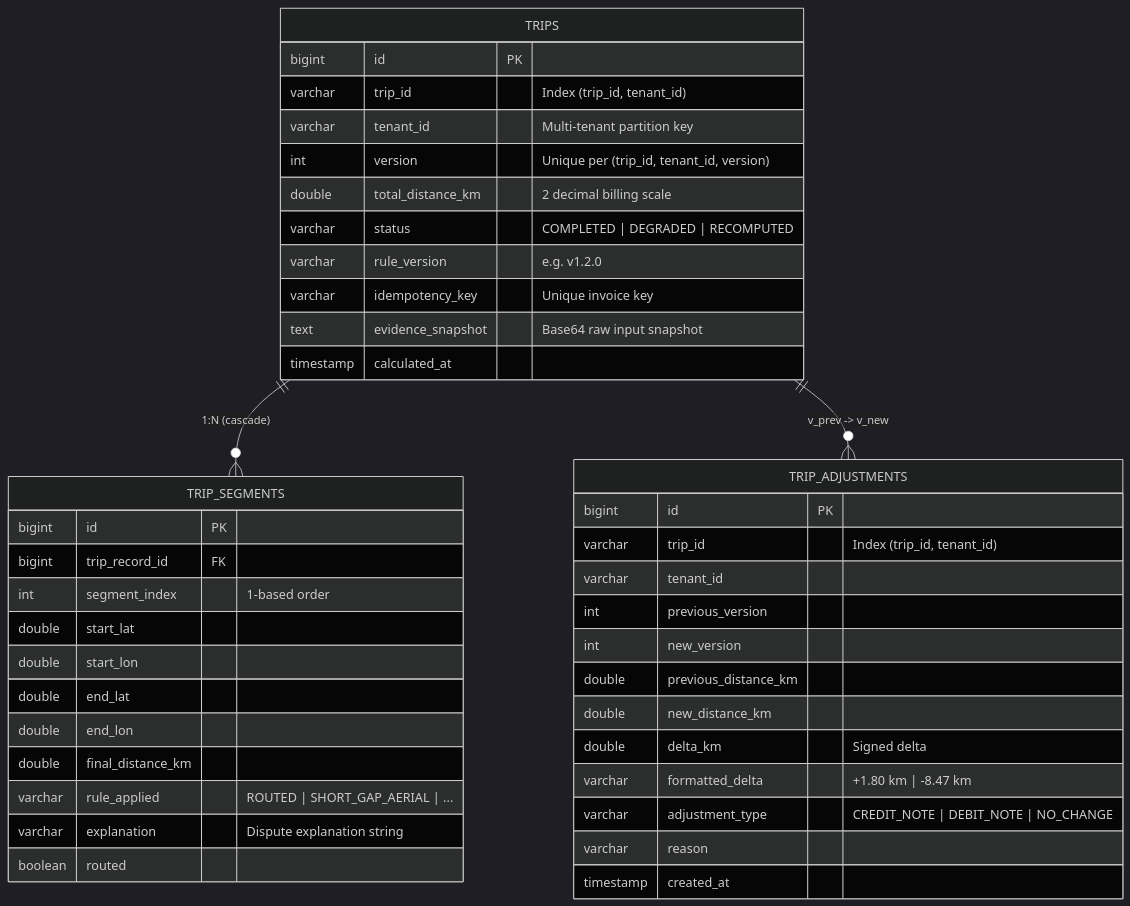
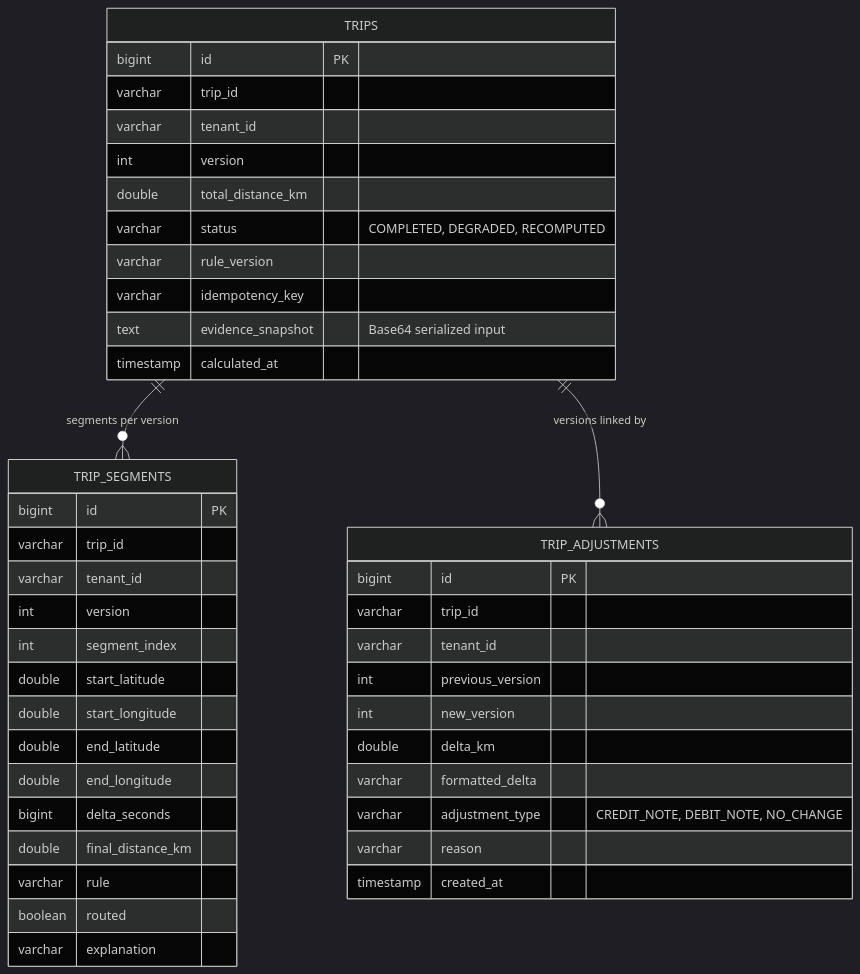
Before and after one commit to kamran-asif/GPS-Gap-Backfill-Billable-Distance-Reconstruction: the third of 3 diagrams in DESIGN.md, drawn with Mermaid (dark theme). The commit also changed other lines of this file and 1 other file, not shown here.

Commit message:
docs: align DESIGN.md with code (rule order, schema, idempotency, error codes); document X-Idempotency-Key

````diff
--- a/DESIGN.md
+++ b/DESIGN.md
@@ -115,47 +121,48 @@
 ```mermaid
 erDiagram
-    TRIPS ||--o{ TRIP_SEGMENTS : "1:N (cascade)"
-    TRIPS ||--o{ TRIP_ADJUSTMENTS : "v_prev -> v_new"
+    TRIPS ||--o{ TRIP_SEGMENTS : "segments per version"
+    TRIPS ||--o{ TRIP_ADJUSTMENTS : "versions linked by"
 
     TRIPS {
         bigint id PK
-        varchar trip_id "Index (trip_id, tenant_id)"
-        varchar tenant_id "Multi-tenant partition key"
-        int version "Unique per (trip_id, tenant_id, version)"
-        double total_distance_km "2 decimal billing scale"
-        varchar status "COMPLETED | DEGRADED | RECOMPUTED"
-        varchar rule_version "e.g. v1.2.0"
-        varchar idempotency_key "Unique invoice key"
-        text evidence_snapshot "Base64 raw input snapshot"
+        varchar trip_id
+        varchar tenant_id
+        int version
+        double total_distance_km
+        varchar status "COMPLETED, DEGRADED, RECOMPUTED"
+        varchar rule_version
+        varchar idempotency_key
+        text evidence_snapshot "Base64 serialized input"
         timestamp calculated_at
     }
 
     TRIP_SEGMENTS {
         bigint id PK
-        bigint trip_record_id FK
-        int segment_index "1-based order"
-        double start_lat
-        double start_lon
-        double end_lat
-        double end_lon
+        varchar trip_id
+        varchar tenant_id
+        int version
+        int segment_index
+        double start_latitude
+        double start_longitude
+        double end_latitude
+        double end_longitude
+        bigint delta_seconds
         double final_distance_km
-        varchar rule_applied "ROUTED | SHORT_GAP_AERIAL | ..."
-        varchar explanation "Dispute explanation string"
+        varchar rule
         boolean routed
+        varchar explanation
     }
 
     TRIP_ADJUSTMENTS {
         bigint id PK
-        varchar trip_id "Index (trip_id, tenant_id)"
+        varchar trip_id
         varchar tenant_id
         int previous_version
         int new_version
-        double previous_distance_km
-        double new_distance_km
-        double delta_km "Signed delta"
-        varchar formatted_delta "+1.80 km | -8.47 km"
-        varchar adjustment_type "CREDIT_NOTE | DEBIT_NOTE | NO_CHANGE"
+        double delta_km
+        varchar formatted_delta
+        varchar adjustment_type "CREDIT_NOTE, DEBIT_NOTE, NO_CHANGE"
         varchar reason
         timestamp created_at
     }
 ```
````
